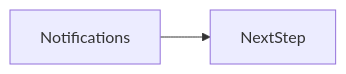
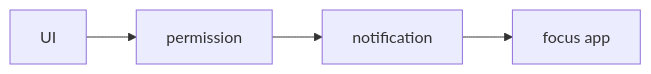
Before and after one commit to OmidJavaherii/Frontend-Engineering-Handbook: the second of 2 diagrams in docs/en/09-browser-apis/notifications/index.md, drawn with Mermaid. The commit also changed other lines of this file and 461 other files, not shown here.

````diff
--- a/docs/en/09-browser-apis/notifications/index.md
+++ b/docs/en/09-browser-apis/notifications/index.md
@@ -94,4 +111,6 @@
 ```mermaid
 flowchart LR
-  concept[Notifications] --> nextStep[NextStep]
+  UI --> Perm[permission]
+  Perm --> Show[notification]
+  Show --> Click[focus app]
 ```
````
